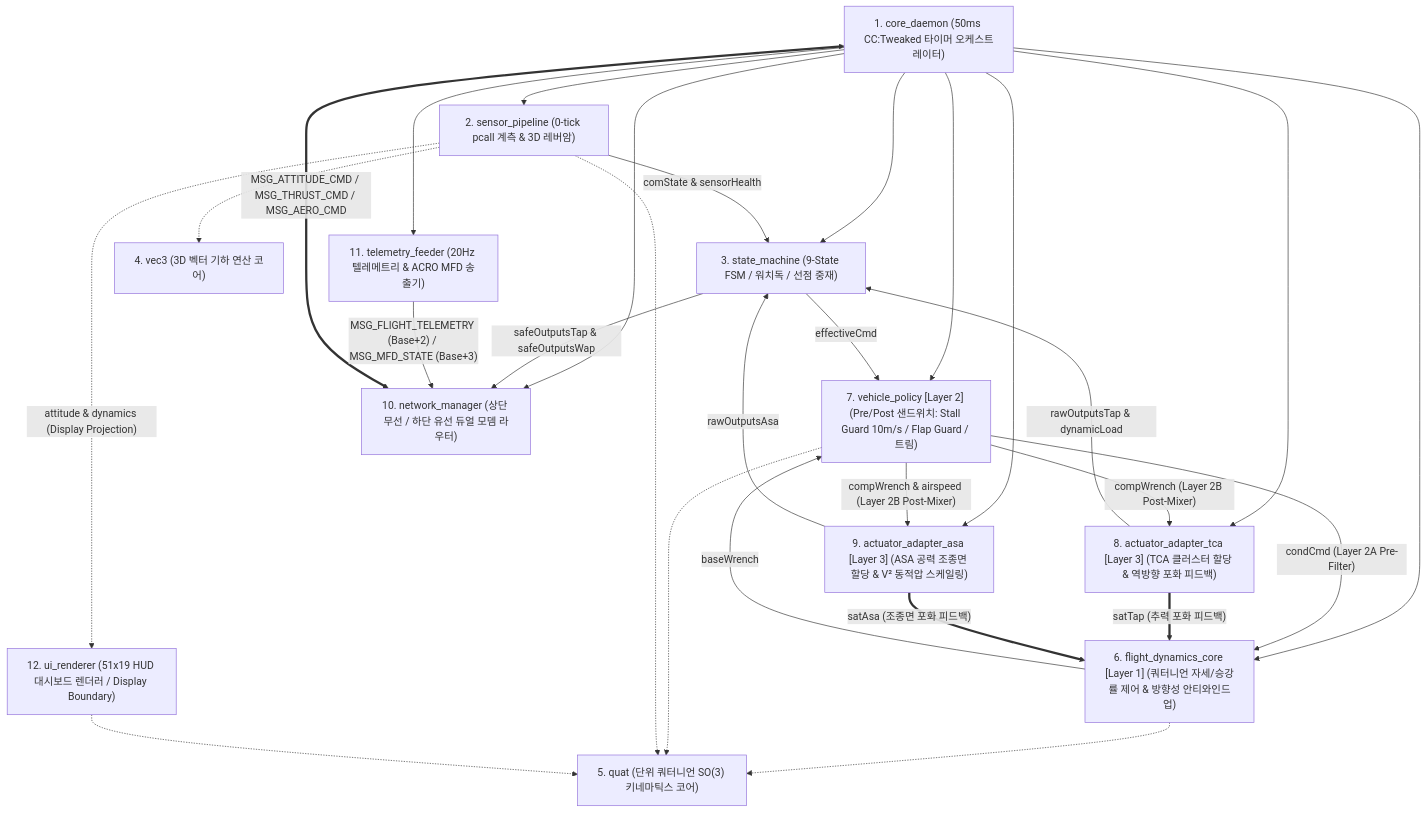
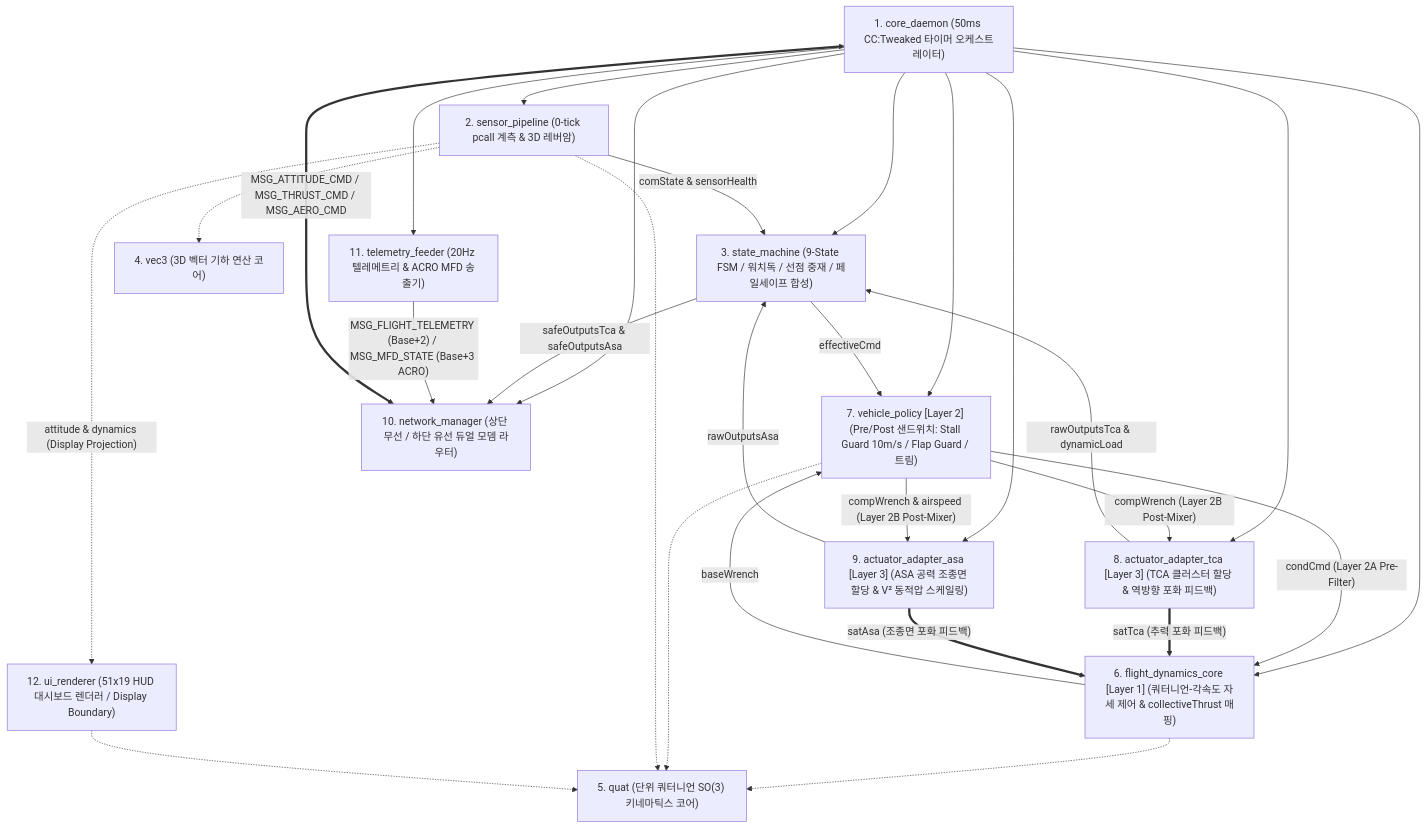
Before and after one commit to Polimachi/Aeroneutics_Autopilot: the third of 4 diagrams in docs/specs/1_control/vas/VAS_PROGRAM_SPECIFICATION.md, drawn with Mermaid. The commit also changed other lines of this file and 18 other files, not shown here.

````diff
--- a/docs/specs/1_control/vas/VAS_PROGRAM_SPECIFICATION.md
+++ b/docs/specs/1_control/vas/VAS_PROGRAM_SPECIFICATION.md
@@ -291,45 +297,45 @@
 ```mermaid
 flowchart TD
     DAEMON["1. core_daemon (50ms CC:Tweaked 타이머 오케스트레이터)"]
     SENS["2. sensor_pipeline (0-tick pcall 계측 & 3D 레버암)"]
-    FSM["3. state_machine (9-State FSM / 워치독 / 선점 중재)"]
+    FSM["3. state_machine (9-State FSM / 워치독 / 선점 중재 / 페일세이프 합성)"]
     VEC["4. vec3 (3D 벡터 기하 연산 코어)"]
     QUAT["5. quat (단위 쿼터니언 SO(3) 키네마틱스 코어)"]
-    CORE["6. flight_dynamics_core [Layer 1] (쿼터니언 자세/승강률 제어 & 방향성 안티와인드업)"]
+    CORE["6. flight_dynamics_core [Layer 1] (쿼터니언-각속도 자세 제어 & collectiveThrust 매핑)"]
     POLICY["7. vehicle_policy [Layer 2] (Pre/Post 샌드위치: Stall Guard 10m/s / Flap Guard / 트림)"]
-    ADAPTER_TAP["8. actuator_adapter_tca [Layer 3] (TCA 클러스터 할당 & 역방향 포화 피드백)"]
+    ADAPTER_TCA["8. actuator_adapter_tca [Layer 3] (TCA 클러스터 할당 & 역방향 포화 피드백)"]
     ADAPTER_ASA["9. actuator_adapter_asa [Layer 3] (ASA 공력 조종면 할당 & V² 동적압 스케일링)"]
     NET["10. network_manager (상단 무선 / 하단 유선 듀얼 모뎀 라우터)"]
     TELEM["11. telemetry_feeder (20Hz 텔레메트리 & ACRO MFD 송출기)"]
     UI["12. ui_renderer (51x19 HUD 대시보드 렌더러 / Display Boundary)"]
 
     DAEMON --> SENS
     DAEMON --> FSM
     DAEMON --> POLICY
     DAEMON --> CORE
-    DAEMON --> ADAPTER_TAP
+    DAEMON --> ADAPTER_TCA
     DAEMON --> ADAPTER_ASA
     DAEMON --> NET
     DAEMON --> TELEM
 
     CORE -.-> QUAT
     POLICY -.-> QUAT
     SENS -.-> QUAT
     SENS -.-> VEC
     UI -.-> QUAT
 
     SENS -->|"comState & sensorHealth"| FSM
     FSM -->|"effectiveCmd"| POLICY
     POLICY -->|"condCmd (Layer 2A Pre-Filter)"| CORE
-    ADAPTER_TAP ==>|"satTap (추력 포화 피드백)"| CORE
+    ADAPTER_TCA ==>|"satTca (추력 포화 피드백)"| CORE
     ADAPTER_ASA ==>|"satAsa (조종면 포화 피드백)"| CORE
     CORE -->|"baseWrench"| POLICY
-    POLICY -->|"compWrench (Layer 2B Post-Mixer)"| ADAPTER_TAP
+    POLICY -->|"compWrench (Layer 2B Post-Mixer)"| ADAPTER_TCA
     POLICY -->|"compWrench & airspeed (Layer 2B Post-Mixer)"| ADAPTER_ASA
-    ADAPTER_TAP -->|"rawOutputsTap & dynamicLoad"| FSM
+    ADAPTER_TCA -->|"rawOutputsTca & dynamicLoad"| FSM
     ADAPTER_ASA -->|"rawOutputsAsa"| FSM
-    FSM -->|"safeOutputsTap & safeOutputsWap"| NET
+    FSM -->|"safeOutputsTca & safeOutputsAsa"| NET
     NET <==>|"MSG_ATTITUDE_CMD / MSG_THRUST_CMD / MSG_AERO_CMD"| DAEMON
-    TELEM -->|"MSG_FLIGHT_TELEMETRY (Base+2) / MSG_MFD_STATE (Base+3)"| NET
+    TELEM -->|"MSG_FLIGHT_TELEMETRY (Base+2) / MSG_MFD_STATE (Base+3 ACRO)"| NET
     SENS -.->|"attitude & dynamics (Display Projection)"| UI
 ```
````
